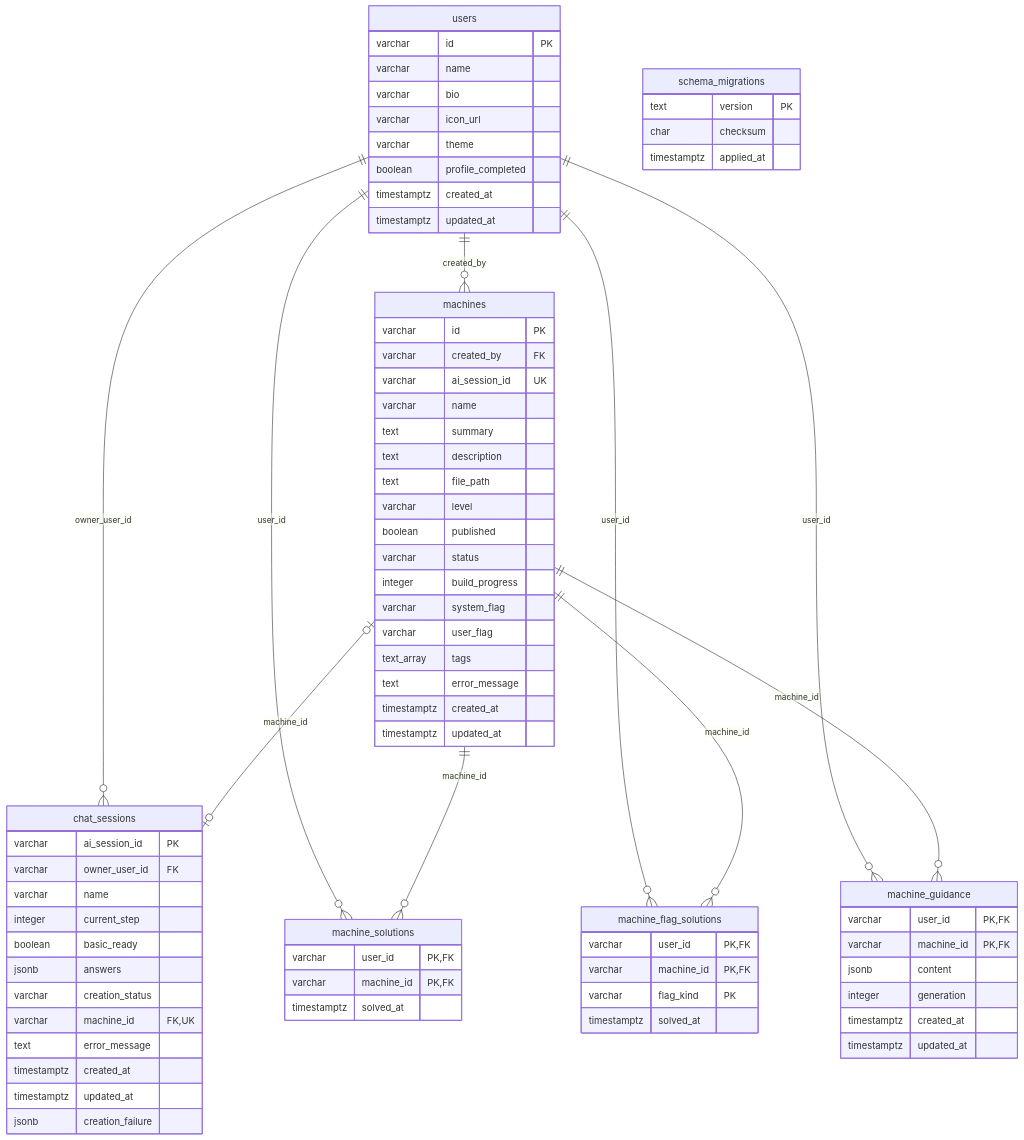
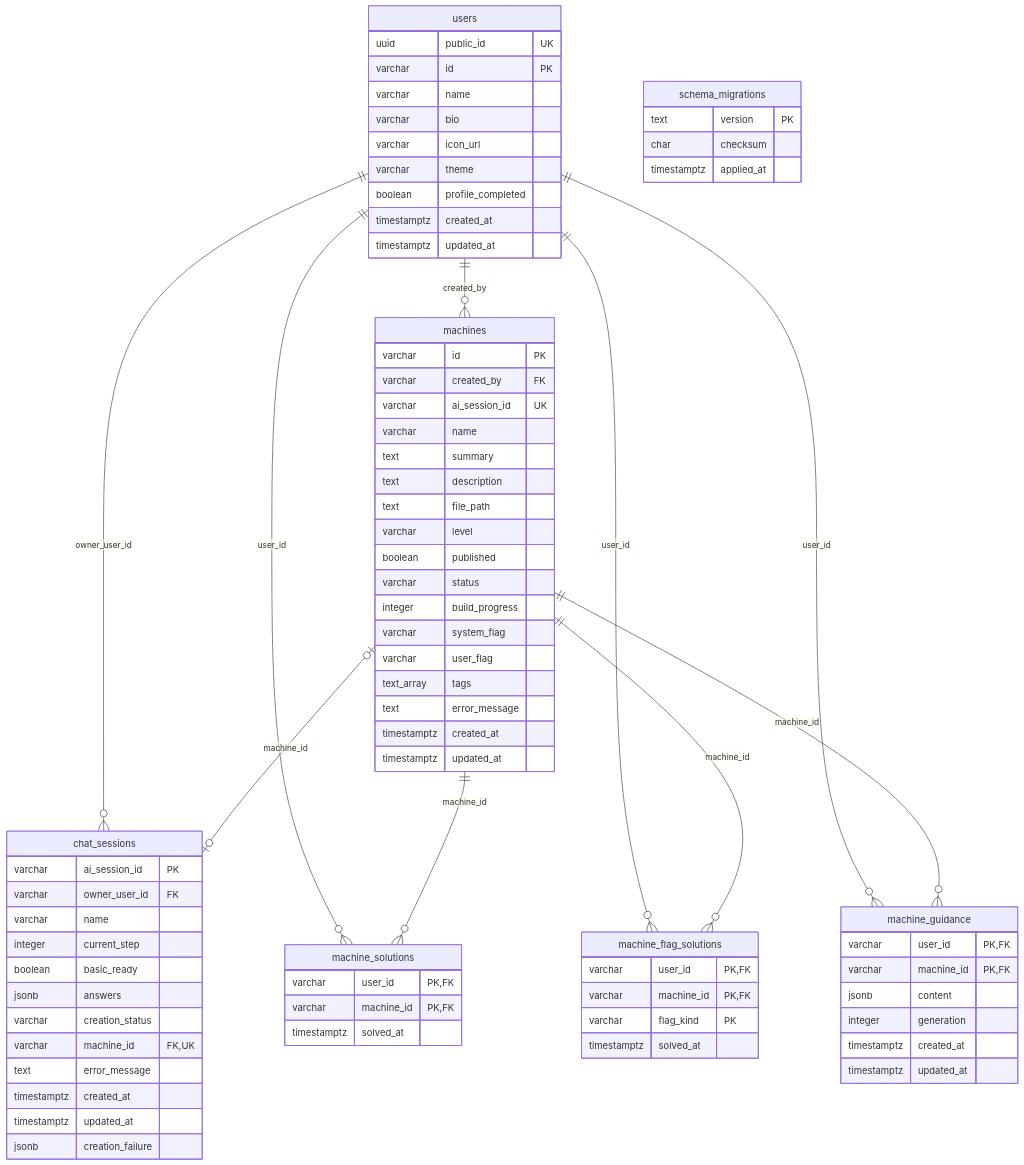
Before and after one commit to Undanomi/UNSAFE: the diagram in frontend/docs/db-spec.md, drawn with Mermaid. The commit also changed other lines of this file and 26 other files, not shown here.

````diff
--- a/frontend/docs/db-spec.md
+++ b/frontend/docs/db-spec.md
@@ -7,80 +7,81 @@
 ```mermaid
 erDiagram
     users {
+        uuid public_id UK
         varchar id PK
         varchar name
         varchar bio
         varchar icon_url
         varchar theme
         boolean profile_completed
         timestamptz created_at
         timestamptz updated_at
     }
     machines {
         varchar id PK
         varchar created_by FK
         varchar ai_session_id UK
         varchar name
         text summary
         text description
         text file_path
         varchar level
         boolean published
         varchar status
         integer build_progress
         varchar system_flag
         varchar user_flag
         text_array tags
         text error_message
         timestamptz created_at
         timestamptz updated_at
     }
     chat_sessions {
         varchar ai_session_id PK
         varchar owner_user_id FK
         varchar name
         integer current_step
         boolean basic_ready
         jsonb answers
         varchar creation_status
         varchar machine_id FK,UK
         text error_message
         timestamptz created_at
         timestamptz updated_at
         jsonb creation_failure
     }
     machine_solutions {
         varchar user_id PK,FK
         varchar machine_id PK,FK
         timestamptz solved_at
     }
     machine_flag_solutions {
         varchar user_id PK,FK
         varchar machine_id PK,FK
         varchar flag_kind PK
         timestamptz solved_at
     }
     machine_guidance {
         varchar user_id PK,FK
         varchar machine_id PK,FK
         jsonb content
         integer generation
         timestamptz created_at
         timestamptz updated_at
     }
     schema_migrations {
         text version PK
         char checksum
         timestamptz applied_at
     }
 
     users ||--o{ machines : created_by
     users ||--o{ chat_sessions : owner_user_id
     machines |o--o| chat_sessions : machine_id
     users ||--o{ machine_solutions : user_id
     machines ||--o{ machine_solutions : machine_id
     users ||--o{ machine_flag_solutions : user_id
     machines ||--o{ machine_flag_solutions : machine_id
     users ||--o{ machine_guidance : user_id
     machines ||--o{ machine_guidance : machine_id
 ```
````
